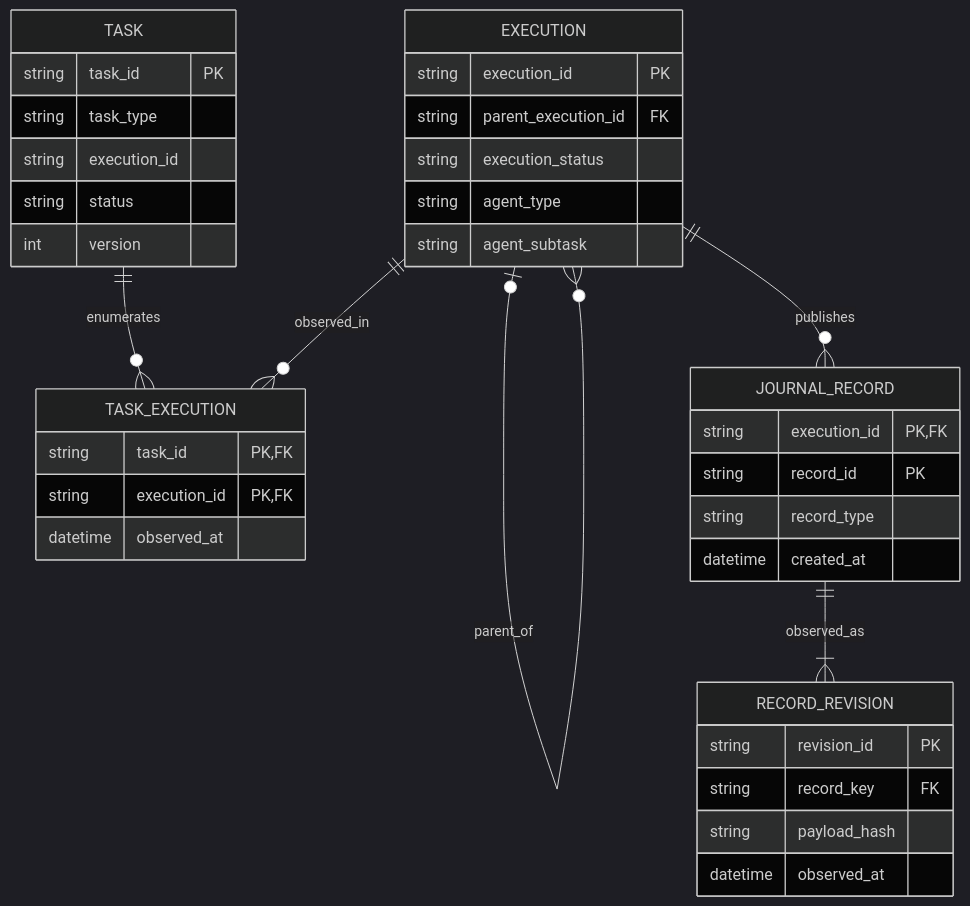
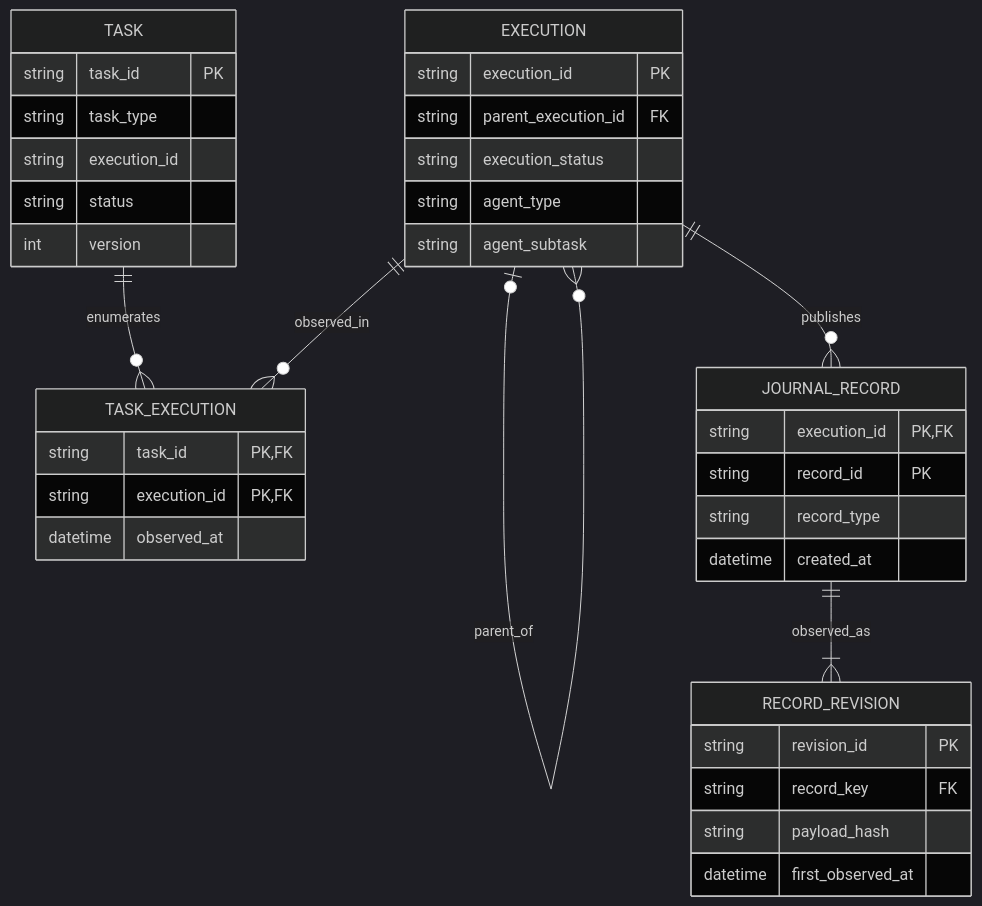
The second of 10 diagrams in aws/devops-agent/analysis/report.md (lyrel-dev/frontier-agents), drawn with Mermaid (dark theme) before and after one commit. The commit also changed other lines of this file and 41 other files, not shown here.

````diff
--- a/aws/devops-agent/analysis/report.md
+++ b/aws/devops-agent/analysis/report.md
@@ -212,40 +217,40 @@
 ```mermaid
 erDiagram
     direction TB
     TASK ||--o{ TASK_EXECUTION : enumerates
     EXECUTION ||--o{ TASK_EXECUTION : observed_in
     EXECUTION o|--o{ EXECUTION : parent_of
     EXECUTION ||--o{ JOURNAL_RECORD : publishes
     JOURNAL_RECORD ||--|{ RECORD_REVISION : observed_as
     TASK {
         string task_id PK
         string task_type
         string execution_id
         string status
         int version
     }
     TASK_EXECUTION {
         string task_id PK,FK
         string execution_id PK,FK
         datetime observed_at
     }
     EXECUTION {
         string execution_id PK
         string parent_execution_id FK
         string execution_status
         string agent_type
         string agent_subtask
     }
     JOURNAL_RECORD {
         string execution_id PK,FK
         string record_id PK
         string record_type
         datetime created_at
     }
     RECORD_REVISION {
         string revision_id PK
         string record_key FK
         string payload_hash
-        datetime observed_at
+        datetime first_observed_at
     }
 ```
````
